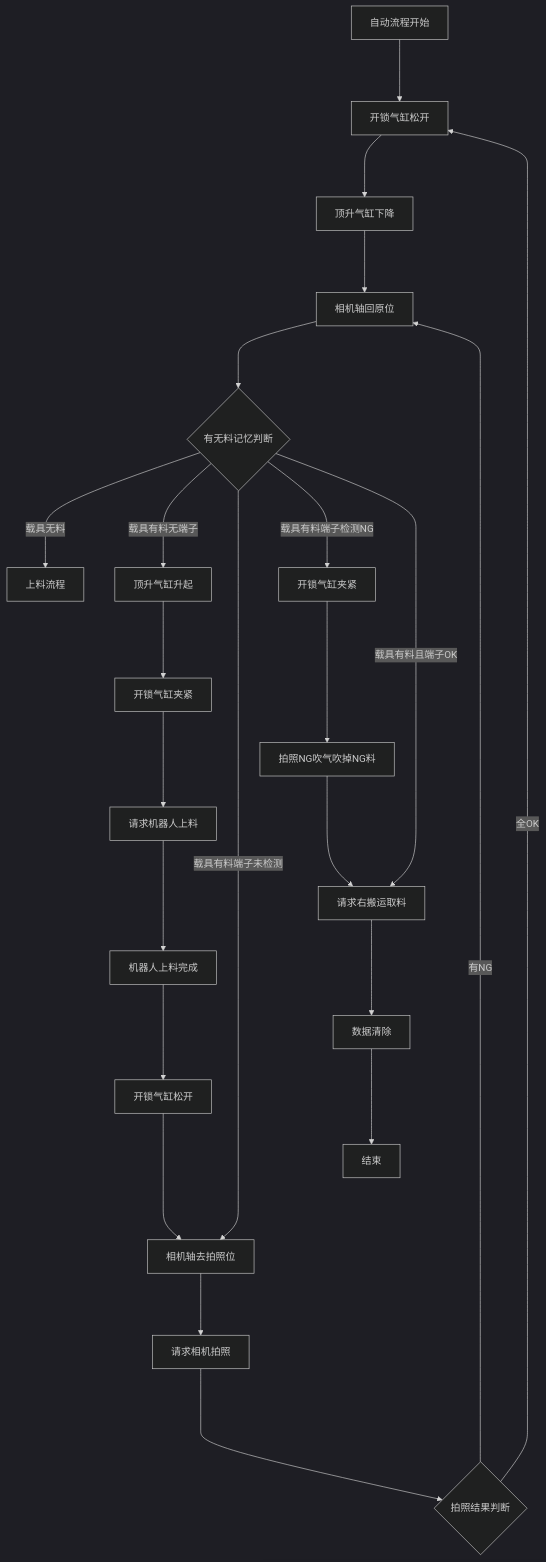
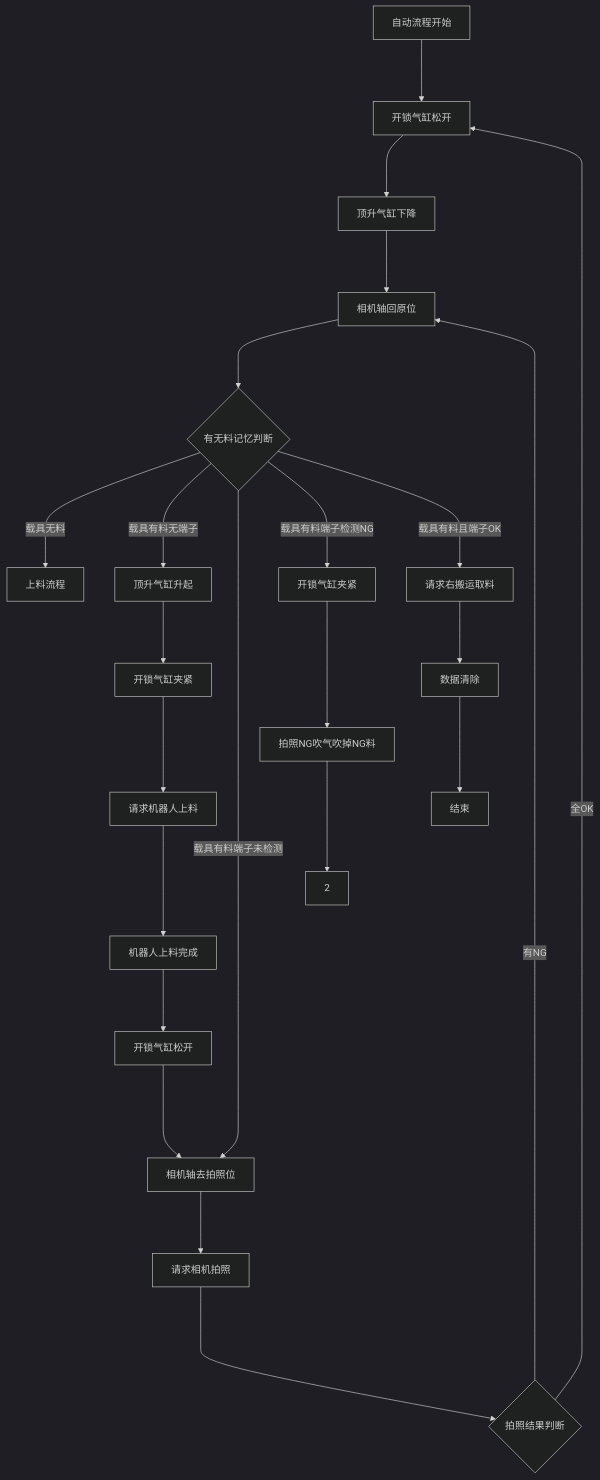
The diagram in all/OP70工位4左端子上料.md (zmq000/iodraw-files), drawn with Mermaid (dark theme) before and after one commit.

Commit message:
2026-06-17 17:33:16 update

````diff
--- a/all/OP70工位4左端子上料.md
+++ b/all/OP70工位4左端子上料.md
@@ -1,27 +1,27 @@
 ```mermaid
 graph TD
 自动流程开始--->10
 10[开锁气缸松开]--->20
 20[顶升气缸下降]--->30
 30[相机轴回原位]--->40
 40{有无料记忆判断}--->|载具无料|50
 40--->|载具有料无端子|100
 40--->|载具有料端子未检测|150
 40--->|载具有料端子检测NG|200
 40--->|载具有料且端子OK|250
 50[上料流程]
 100[顶升气缸升起]--->110
 110[开锁气缸夹紧]--->120
 120[请求机器人上料]--->130
 130[机器人上料完成]--->140
 140[开锁气缸松开]---->150
 150[相机轴去拍照位]--->160
 160[请求相机拍照]---->170
 170{拍照结果判断}---->|全OK|10
 170{拍照结果判断}---->|有NG|30
 200[开锁气缸夹紧]---->210
-210[拍照NG吹气吹掉NG料]--->250
+210[拍照NG吹气吹掉NG料]--->2
 250[请求右搬运取料]--->260
 260[数据清除]--->270
 270[结束]
 ```
````
